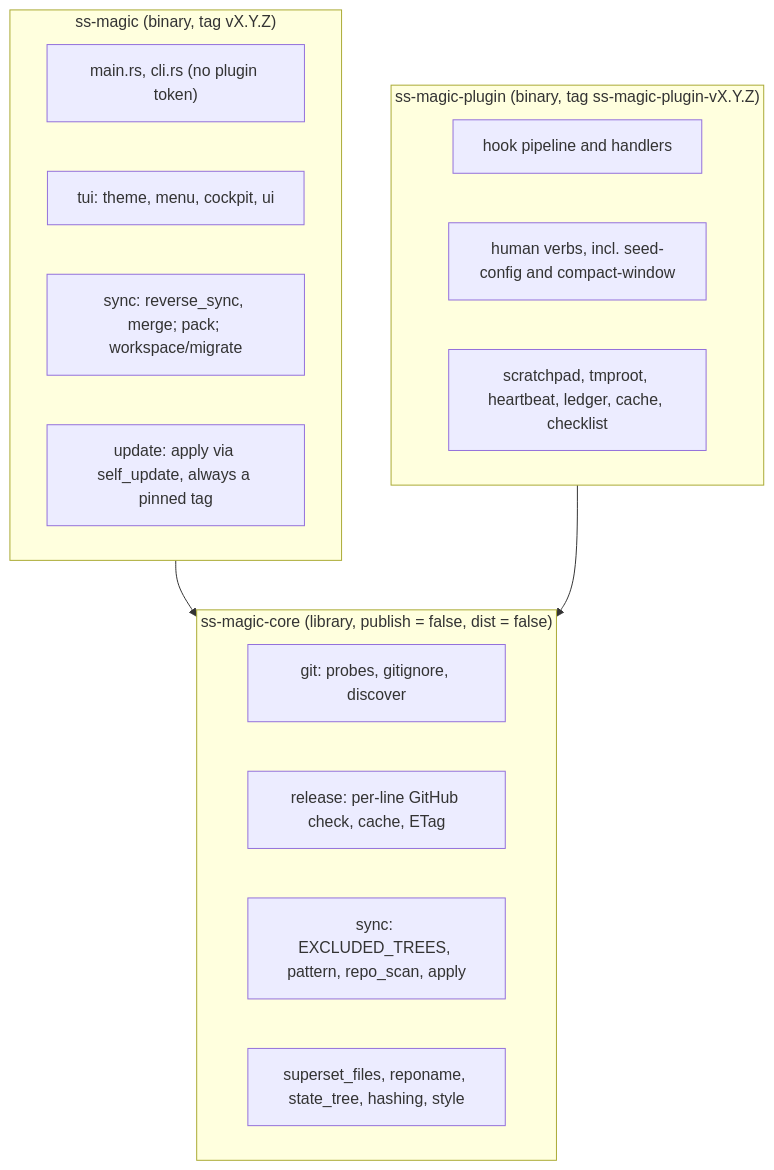
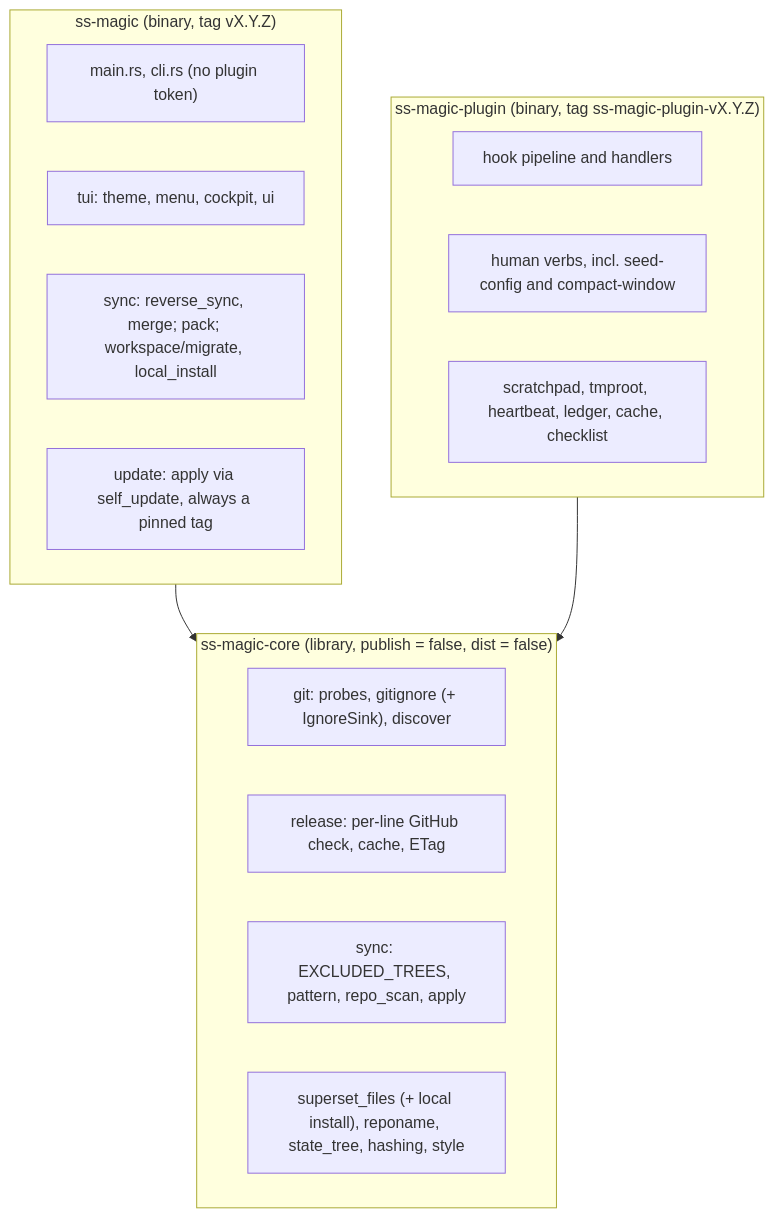
Before and after one commit to ViktorStiskala/superset-magic: the diagram in CLAUDE.md, drawn with Mermaid. The commit also changed other lines of this file and 6 other files, not shown here.

First line of the commit message:
docs: document local install; bump ss-magic to 0.12.0

````diff
--- a/CLAUDE.md
+++ b/CLAUDE.md
@@ -122,22 +122,22 @@
 ```mermaid
 flowchart TB
   subgraph core["ss-magic-core (library, publish = false, dist = false)"]
-    g["git: probes, gitignore, discover"]
+    g["git: probes, gitignore (+ IgnoreSink), discover"]
     r["release: per-line GitHub check, cache, ETag"]
     s["sync: EXCLUDED_TREES, pattern, repo_scan, apply"]
-    m["superset_files, reponame, state_tree, hashing, style"]
+    m["superset_files (+ local install), reponame, state_tree, hashing, style"]
   end
   subgraph cli["ss-magic (binary, tag vX.Y.Z)"]
     cm["main.rs, cli.rs (no plugin token)"]
     ct["tui: theme, menu, cockpit, ui"]
-    ce["sync: reverse_sync, merge; pack; workspace/migrate"]
+    ce["sync: reverse_sync, merge; pack; workspace/migrate, local_install"]
     cu["update: apply via self_update, always a pinned tag"]
   end
   subgraph plug["ss-magic-plugin (binary, tag ss-magic-plugin-vX.Y.Z)"]
     ph["hook pipeline and handlers"]
     pv["human verbs, incl. seed-config and compact-window"]
     ps["scratchpad, tmproot, heartbeat, ledger, cache, checklist"]
   end
   cli --> core
   plug --> core
 ```
````
